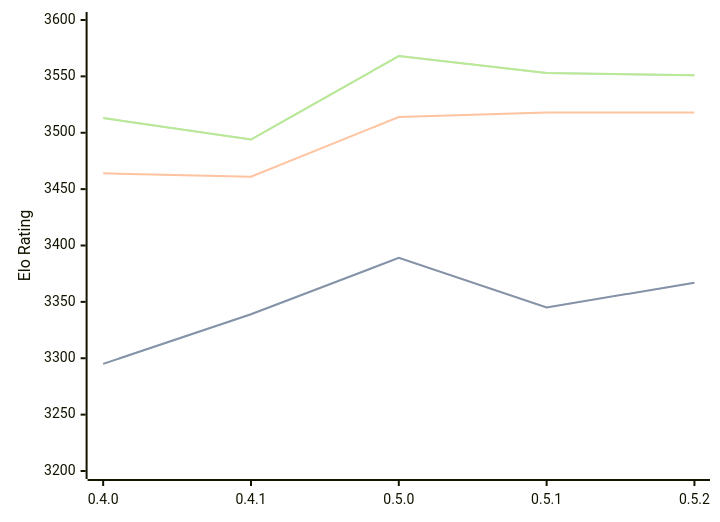
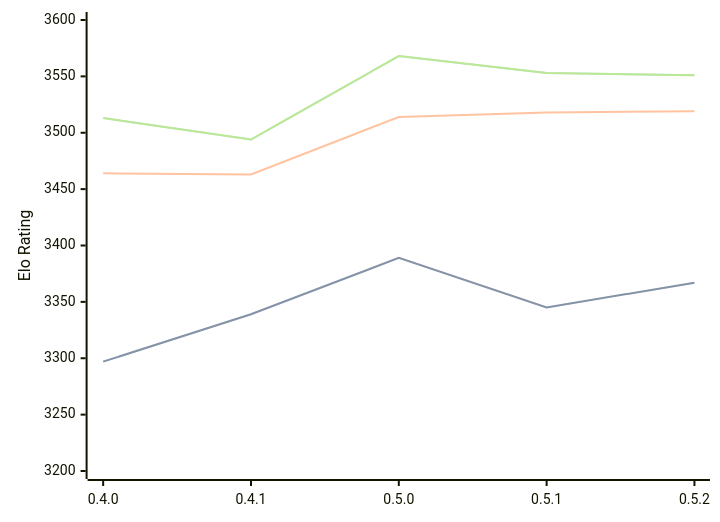
Before and after one commit to computer-chess-index/cci: the diagram in engines/Cinder.md, drawn with Mermaid. The commit also changed other lines of this file, not shown here.

````diff
--- a/engines/Cinder.md
+++ b/engines/Cinder.md
@@ -43,11 +43,11 @@
 ```mermaid
 %%{init: {"theme":"base","themeVariables":{"seriesColors:['#a3a3a3','#222221','#faa371']}}}%%
 xychart-beta
   x-axis ["0.4.0", "0.4.1", "0.5.0", "0.5.1", "0.5.2"]
   y-axis "Elo Rating" 3200 --> 3600
-  line "STC (8.0+0.08s)" [3295, 3339, 3389, 3345, 3367]
-  line "STC (8.0+0.08s)" [3295, 3339, 3389, 3345, 3367]
-  line "LTC (60.0+0.60s)" [3464, 3461, 3514, 3518, 3518]
+  line "STC (8.0+0.08s)" [3297, 3339, 3389, 3345, 3367]
+  line "STC (8.0+0.08s)" [3297, 3339, 3389, 3345, 3367]
+  line "LTC (60.0+0.60s)" [3464, 3463, 3514, 3518, 3519]
   line "VLTC (2m24s+1.12s)" [3513, 3494, 3568, 3553, 3551]
   line "VLTC (2m24s+1.12s)" [3513, 3494, 3568, 3553, 3551]
 ```
````
